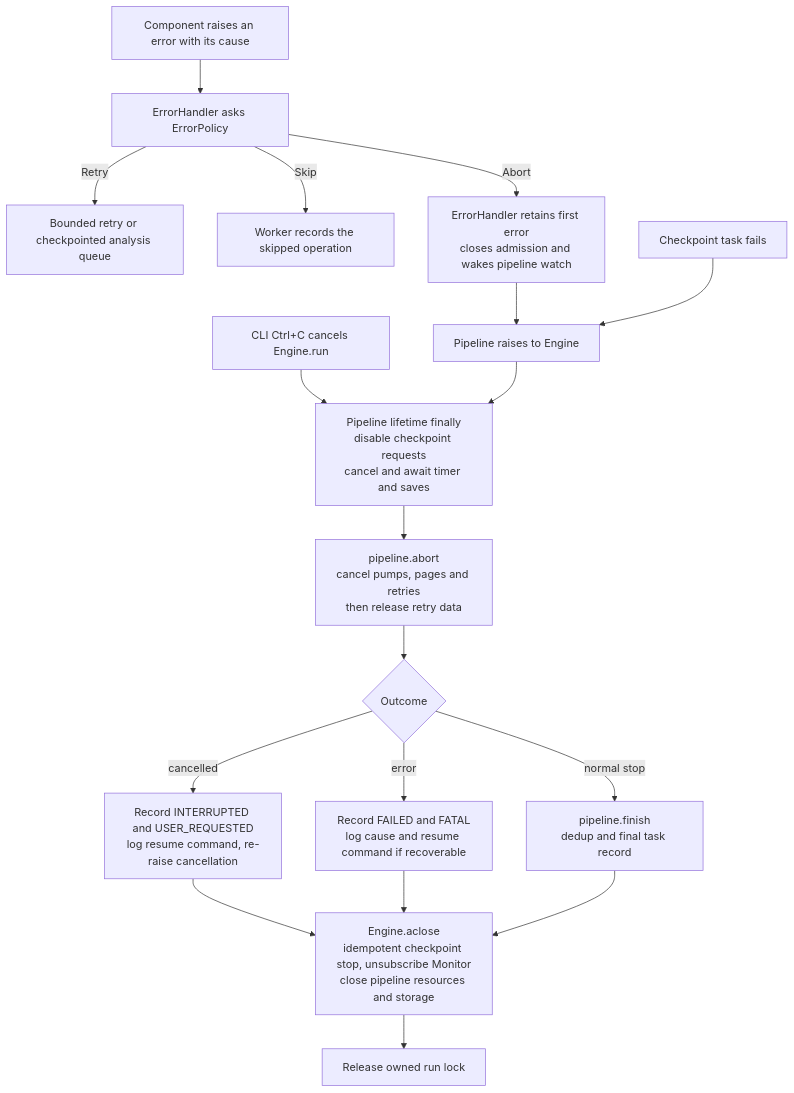
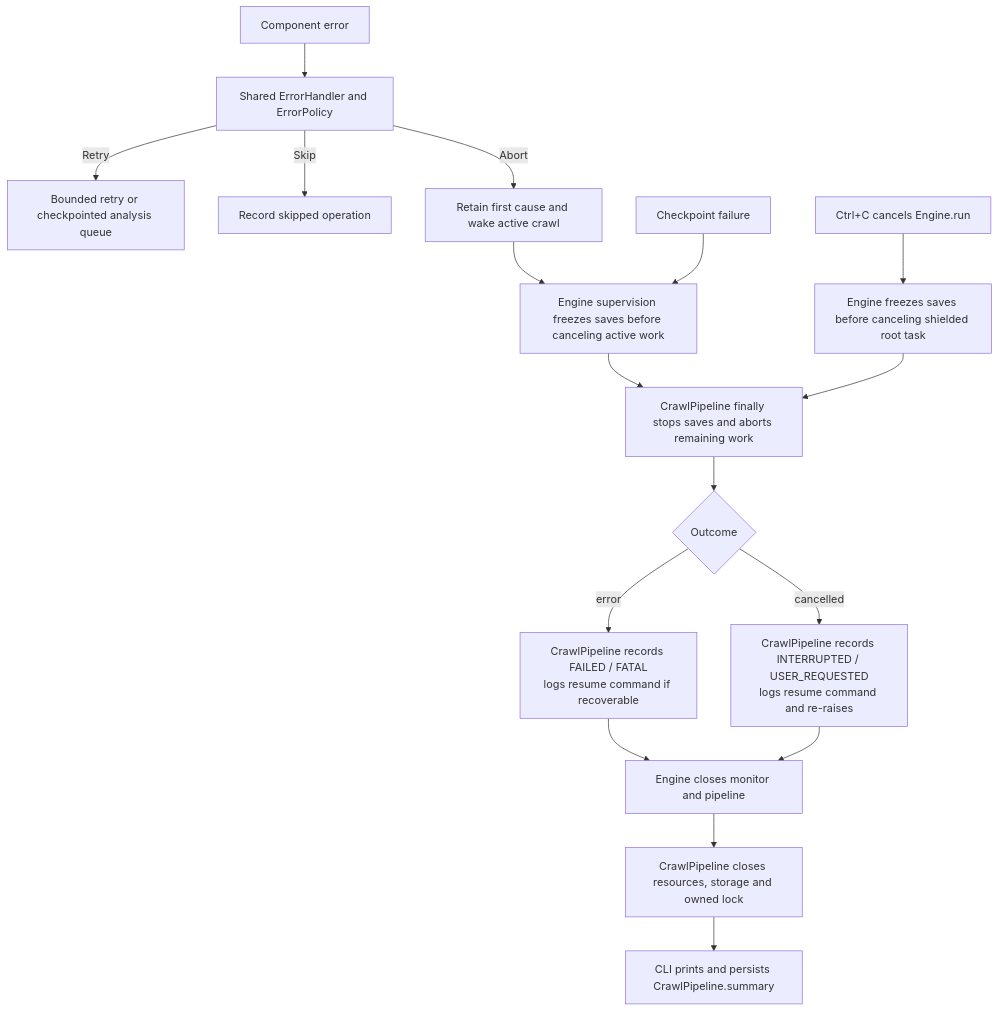
The seventh of 7 diagrams in docs/engine.md (shixuan/crawl-me-maybe), drawn with Mermaid before and after one commit. The commit also changed other lines of this file and 34 other files, not shown here.

Commit message:
refactor: decouple engine from crawl pipelines

````diff
--- a/docs/engine.md
+++ b/docs/engine.md
@@ -414,20 +328,19 @@
 ```mermaid
 flowchart TD
-    Component["Component raises an error with its cause"] --> Policy["ErrorHandler asks ErrorPolicy"]
-    Policy -->|Retry| Retry["Bounded retry or checkpointed analysis queue"]
-    Policy -->|Skip| Skip["Worker records the skipped operation"]
-    Policy -->|Abort| Failure["ErrorHandler retains first error<br/>closes admission and wakes pipeline watch"]
-    Failure --> Propagate["Pipeline raises to Engine"]
-    Timer["Checkpoint task fails"] --> Propagate
-    Cancel["CLI Ctrl+C cancels Engine.run"] --> Freeze
-    Propagate --> Freeze["Pipeline lifetime finally<br/>disable checkpoint requests<br/>cancel and await timer and saves"]
-    Freeze --> Abort["pipeline.abort<br/>cancel pumps, pages and retries<br/>then release retry data"]
-    Abort --> Outcome{"Outcome"}
-    Outcome -->|cancelled| Interrupted["Record INTERRUPTED and USER_REQUESTED<br/>log resume command, re-raise cancellation"]
-    Outcome -->|error| Failed["Record FAILED and FATAL<br/>log cause and resume command if recoverable"]
-    Outcome -->|normal stop| Finish["pipeline.finish<br/>dedup and final task record"]
+    Component[Component error] --> Handler[Shared ErrorHandler and ErrorPolicy]
+    Handler -->|Retry| Retry[Bounded retry or checkpointed analysis queue]
+    Handler -->|Skip| Skip[Record skipped operation]
+    Handler -->|Abort| Failure[Retain first cause and wake active crawl]
+    Failure --> Supervise[Engine supervision freezes saves before canceling active work]
+    Timer[Checkpoint failure] --> Supervise
+    Supervise --> Crawl[CrawlPipeline finally stops saves and aborts remaining work]
+    Cancel[Ctrl+C cancels Engine.run] --> Freeze[Engine freezes saves before canceling shielded root task]
+    Freeze --> Crawl
+    Crawl --> Outcome{Outcome}
+    Outcome -->|error| Failed[CrawlPipeline records FAILED / FATAL<br/>logs resume command if recoverable]
+    Outcome -->|cancelled| Interrupted[CrawlPipeline records INTERRUPTED / USER_REQUESTED<br/>logs resume command and re-raises]
+    Failed --> Close[Engine closes monitor and pipeline]
     Interrupted --> Close
-    Failed --> Close
-    Finish --> Close["Engine.aclose<br/>idempotent checkpoint stop, unsubscribe Monitor<br/>close pipeline resources and storage"]
-    Close --> Unlock["Release owned run lock"]
+    Close --> Resources[CrawlPipeline closes resources, storage and owned lock]
+    Resources --> Report[CLI prints and persists CrawlPipeline.summary]
 ```
````
